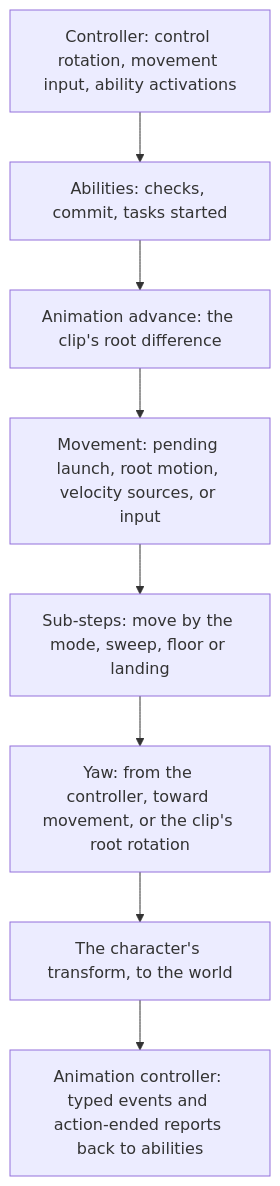
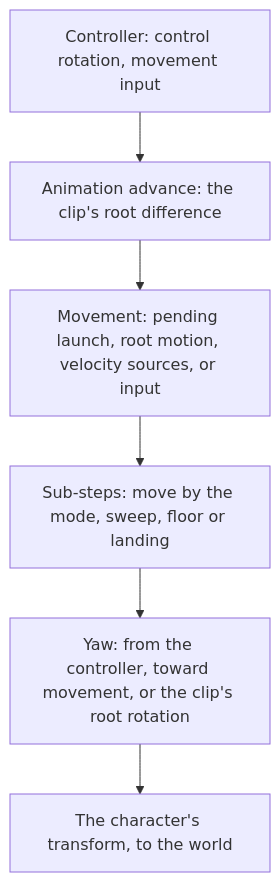
The second of 2 diagrams in docs/architecture/characters.md (plainsight-systems/bullet-witch), drawn with Mermaid before and after one commit. The commit also changed other lines of this file and 2 other files, not shown here.

First line of the commit message:
Characters cover control and movement only; an ability is not a character

````diff
--- a/docs/architecture/characters.md
+++ b/docs/architecture/characters.md
@@ -138,10 +109,8 @@
 ```mermaid
 flowchart TD
-    A["Controller: control rotation, movement input, ability activations"] --> B["Abilities: checks, commit, tasks started"]
-    B --> C["Animation advance: the clip's root difference"]
+    A["Controller: control rotation, movement input"] --> C["Animation advance: the clip's root difference"]
     C --> D["Movement: pending launch, root motion, velocity sources, or input"]
     D --> E["Sub-steps: move by the mode, sweep, floor or landing"]
     E --> F["Yaw: from the controller, toward movement, or the clip's root rotation"]
     F --> G["The character's transform, to the world"]
-    G --> H["Animation controller: typed events and action-ended reports back to abilities"]
 ```
````
